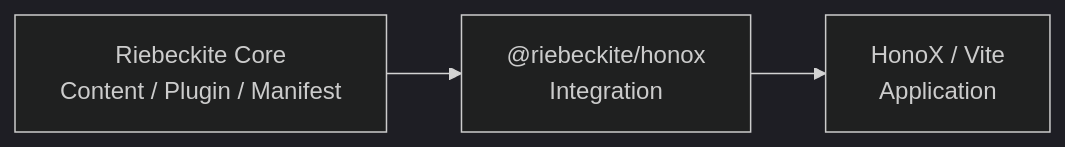
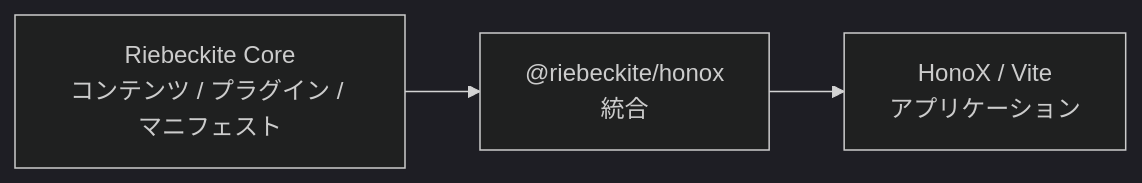
Before and after one commit to Rerurate514/riebeckite: the first of 4 diagrams in docs/docs/framework/honox-integration.ja.md, drawn with Mermaid (dark theme). The commit also changed other lines of this file and 310 other files, not shown here.

````diff
--- a/docs/docs/framework/honox-integration.ja.md
+++ b/docs/docs/framework/honox-integration.ja.md
@@ -15,9 +13,9 @@
 ```mermaid
 flowchart LR
-    A["Riebeckite Core<br/>Content / Plugin / Manifest"]
-    B["@riebeckite/honox<br/>Integration"]
-    C["HonoX / Vite<br/>Application"]
+    A["Riebeckite Core<br/>コンテンツ / プラグイン / マニフェスト"]
+    B["@riebeckite/honox<br/>統合"]
+    C["HonoX / Vite<br/>アプリケーション"]
 
     A --> B
     B --> C
 ```
````
